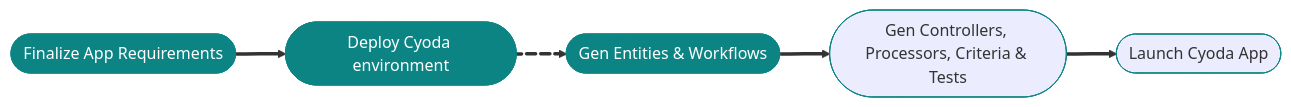
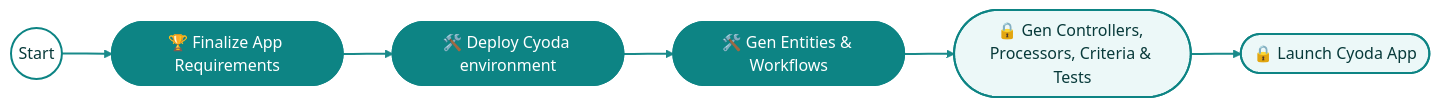
The diagram in workflow_configs/messages/ask_to_discuss_configs_0000/message.md (Cyoda-platform/ai-assistant), drawn with Mermaid before and after one commit. The commit also changed other lines of this file and 24 other files, not shown here.

````diff
--- a/workflow_configs/messages/ask_to_discuss_configs_0000/message.md
+++ b/workflow_configs/messages/ask_to_discuss_configs_0000/message.md
@@ -6,14 +3,19 @@
 ```mermaid
+%%{init: {'theme':'base','themeVariables':{
+  'primaryColor':'#ECF8F8','primaryTextColor':'#083A3A','primaryBorderColor':'#0D8484',
+  'lineColor':'#0D8484','fontFamily':'Inter, Arial, sans-serif','edgeLabelBackground':'#FFFFFF'
+}}}%%
 graph LR
-    A([Finalize App Requirements]):::done e1@
-    ==> B([Deploy Cyoda environment]):::done e2@
-    ==> C([Gen Entities & Workflows]):::done
-    C e3@ ==> D([Gen Controllers, Processors, Criteria & Tests]):::bar
-    D e4@ ==> E([Launch Cyoda App]):::bar
+    S((Start)):::start ==> A([🏆 Finalize App Requirements]):::done
+    A e1@ ==> B([🛠️ Deploy Cyoda environment]):::done
+    B e2@ ==> C([🛠️ Gen Entities & Workflows]):::done
+    C e3@ ==> D([🔒 Gen Controllers, Processors, Criteria & Tests]):::bar
+    D e4@ ==> E([🔒 Launch Cyoda App]):::bar
 
-    e2@{ animate: true }
+    classDef start fill:#FFFFFF,stroke:#0D8484,stroke-width:2px,color:#083A3A
+    classDef bar   fill:#ECF8F8,stroke:#0D8484,stroke-width:2px,rx:12,ry:12,color:#083A3A
+    classDef done  fill:#0D8484,stroke:#0D8484,stroke-width:2px,rx:12,ry:12,color:#FFFFFF
+    classDef next  fill:#FFFFFF,stroke:#0D8484,stroke-width:3px,stroke-dasharray:6 4,rx:12,ry:12,color:#083A3A
+    linkStyle default stroke:#0D8484,stroke-width:2px,opacity:0.95
 
-    classDef bar stroke:#0D8484
-    classDef done fill:#0D8484,stroke:#0D8484,color:#fff
-    classDef next stroke:#0D8484,stroke-width:3px,stroke-dasharray:6 4
 ```
````
